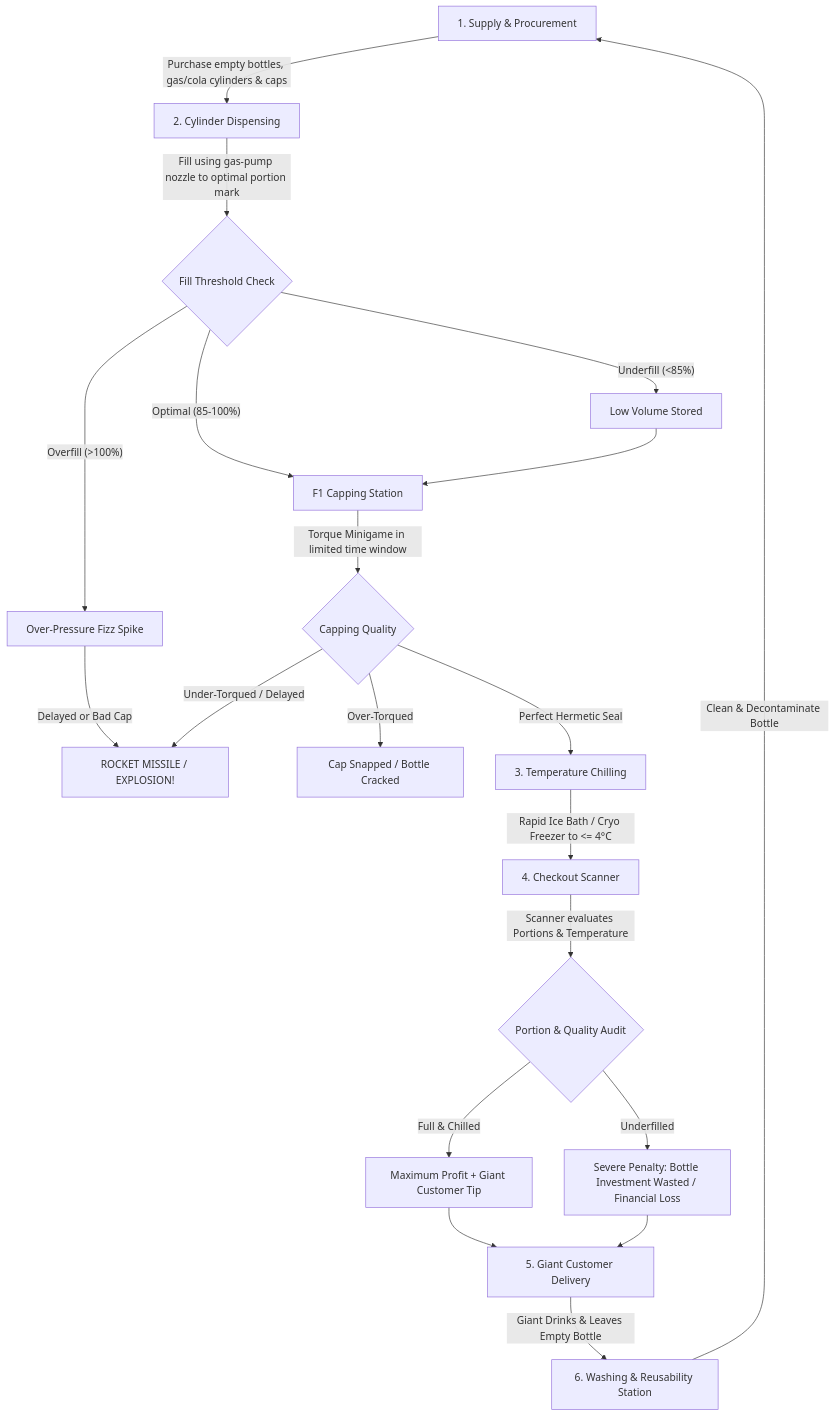
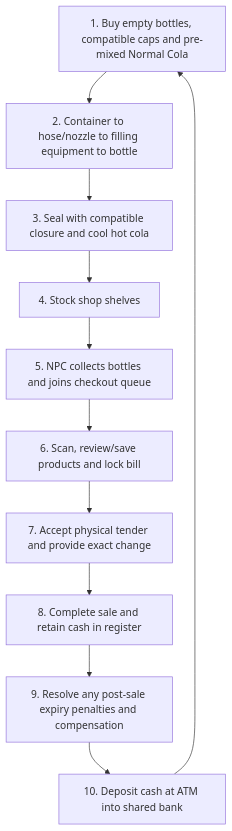
One commit to VasuSharma-vs/MarryByMidnight changed the diagram in Docs/GDD_Master.md. Above: the diagram before and after it, drawn with Mermaid. The commit also changed other lines of this file and 295 other files, not shown here.

Commit message:
Implement normal cola prototype, bottle physics, production systems, and project updates

````diff
--- a/Docs/GDD_Master.md
+++ b/Docs/GDD_Master.md
@@ -32,22 +75,13 @@
 ```mermaid
 flowchart TD
-    A["1. Supply & Procurement"] -->|"Purchase empty bottles, gas/cola cylinders & caps"| B["2. Cylinder Dispensing"]
-    B -->|"Fill using gas-pump nozzle to optimal portion mark"| C{"Fill Threshold Check"}
-    C -->|"Overfill (>100%)"| D["Over-Pressure Fizz Spike"]
-    C -->|"Underfill (<85%)"| E["Low Volume Stored"]
-    C -->|"Optimal (85-100%)"| F["F1 Capping Station"]
-    D -->|"Delayed or Bad Cap"| R["ROCKET MISSILE / EXPLOSION!"]
-    E --> F
-    F -->|"Torque Minigame in limited time window"| G{"Capping Quality"}
-    G -->|"Over-Torqued"| H["Cap Snapped / Bottle Cracked"]
-    G -->|"Under-Torqued / Delayed"| R
-    G -->|"Perfect Hermetic Seal"| I["3. Temperature Chilling"]
-    I -->|"Rapid Ice Bath / Cryo Freezer to <= 4°C"| J["4. Checkout Scanner"]
-    J -->|"Scanner evaluates Portions & Temperature"| K{"Portion & Quality Audit"}
-    K -->|"Underfilled"| L["Severe Penalty: Bottle Investment Wasted / Financial Loss"]
-    K -->|"Full & Chilled"| M["Maximum Profit + Giant Customer Tip"]
-    M --> N["5. Giant Customer Delivery"]
-    L --> N
-    N -->|"Giant Drinks & Leaves Empty Bottle"| O["6. Washing & Reusability Station"]
-    O -->|"Clean & Decontaminate Bottle"| A
+    A["1. Buy empty bottles, compatible caps and pre-mixed Normal Cola"] --> B["2. Container to hose/nozzle to filling equipment to bottle"]
+    B --> C["3. Seal with compatible closure and cool hot cola"]
+    C --> D["4. Stock shop shelves"]
+    D --> E["5. NPC collects bottles and joins checkout queue"]
+    E --> F["6. Scan, review/save products and lock bill"]
+    F --> G["7. Accept physical tender and provide exact change"]
+    G --> H["8. Complete sale and retain cash in register"]
+    H --> I["9. Resolve any post-sale expiry penalties and compensation"]
+    I --> J["10. Deposit cash at ATM into shared bank"]
+    J --> A
 ```
````
